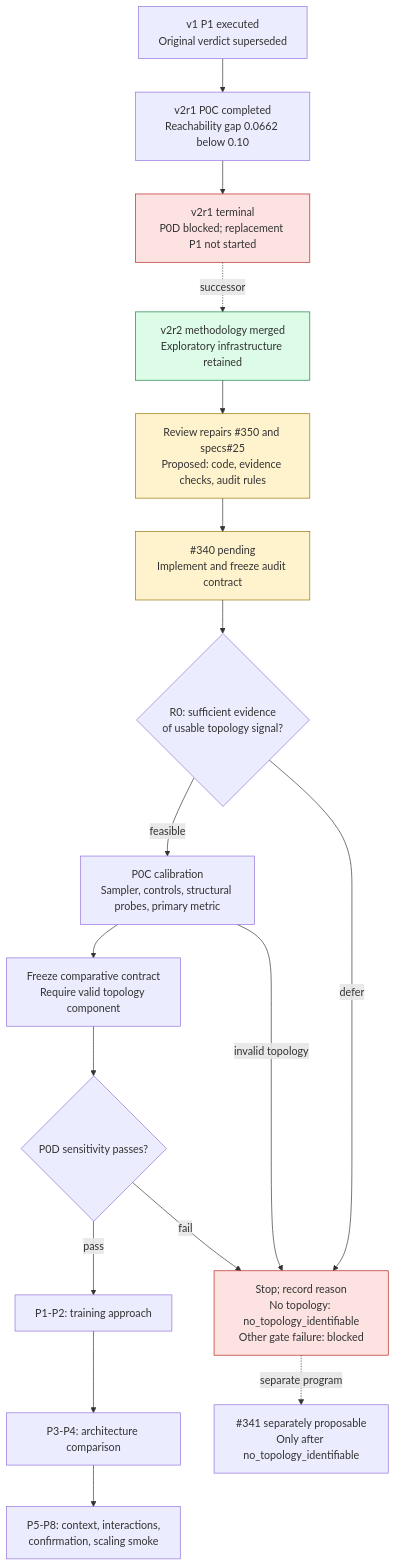
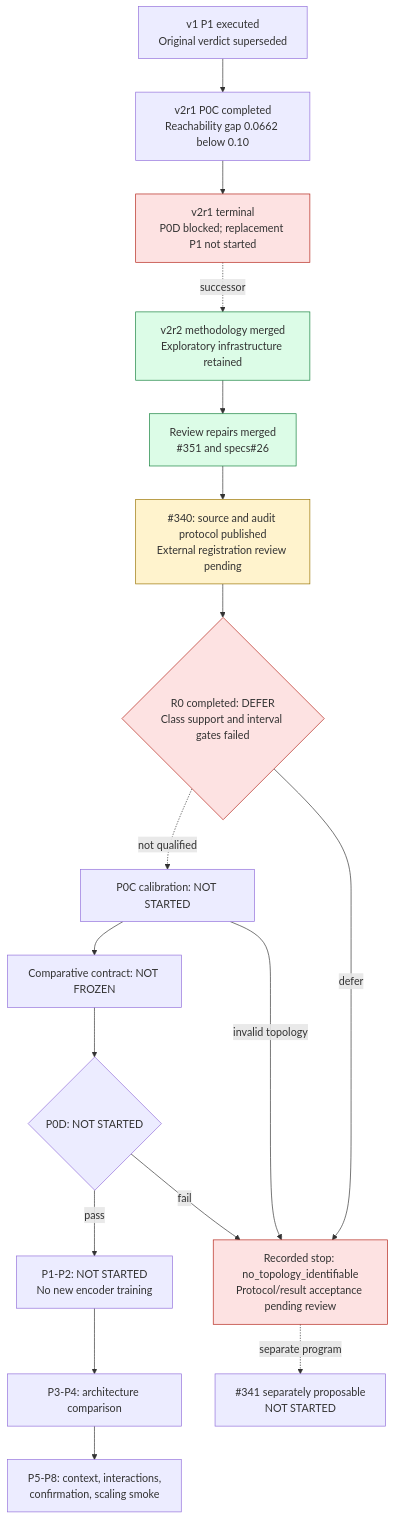
One commit to amadou-6e/specs changed the diagram in projects/theseo-anysearch/python/perception-encoder-state-review.md. Above: the diagram before and after it, drawn with Mermaid. The commit also changed other lines of this file and 4 other files, not shown here.

Commit message:
docs(27): record completed R0 deferral and review deviation

````diff
--- a/projects/theseo-anysearch/python/perception-encoder-state-review.md
+++ b/projects/theseo-anysearch/python/perception-encoder-state-review.md
@@ -8,31 +12,32 @@
 ```mermaid
 flowchart TD
     V1["v1 P1 executed<br/>Original verdict superseded"]
     V21["v2r1 P0C completed<br/>Reachability gap 0.0662 below 0.10"]
     STOP["v2r1 terminal<br/>P0D blocked; replacement P1 not started"]
     SPEC["v2r2 methodology merged<br/>Exploratory infrastructure retained"]
-    FIX["Review repairs #350 and specs#25<br/>Proposed: code, evidence checks, audit rules"]
-    NOW["#340 pending<br/>Implement and freeze audit contract"]
-    R0{"R0: sufficient evidence<br/>of usable topology signal?"}
-    CAL["P0C calibration<br/>Sampler, controls, structural probes, primary metric"]
-    FREEZE["Freeze comparative contract<br/>Require valid topology component"]
-    SENS{"P0D sensitivity passes?"}
-    P1["P1-P2: training approach"]
+    FIX["Review repairs merged<br/>#351 and specs#26"]
+    NOW["#340: source and audit protocol published<br/>External registration review pending"]
+    R0{"R0 completed: DEFER<br/>Class support and interval gates failed"}
+    CAL["P0C calibration: NOT STARTED"]
+    FREEZE["Comparative contract: NOT FROZEN"]
+    SENS{"P0D: NOT STARTED"}
+    P1["P1-P2: NOT STARTED<br/>No new encoder training"]
     P4["P3-P4: architecture comparison"]
     LATER["P5-P8: context, interactions,<br/>confirmation, scaling smoke"]
-    END["Stop; record reason<br/>No topology: no_topology_identifiable<br/>Other gate failure: blocked"]
-    LOCAL["#341 separately proposable<br/>Only after no_topology_identifiable"]
+    END["Recorded stop: no_topology_identifiable<br/>Protocol/result acceptance pending review"]
+    LOCAL["#341 separately proposable<br/>NOT STARTED"]
     V1 --> V21 --> STOP
     STOP -. successor .-> SPEC --> FIX --> NOW --> R0
-    R0 -- feasible --> CAL --> FREEZE --> SENS
+    R0 -. not qualified .-> CAL --> FREEZE --> SENS
     R0 -- defer --> END
     CAL -- invalid topology --> END
     SENS -- fail --> END
     SENS -- pass --> P1 --> P4 --> LATER
     END -. separate program .-> LOCAL
     style STOP fill:#fde2e2,stroke:#b42318
     style END fill:#fde2e2,stroke:#b42318
-    style FIX fill:#fff3cd,stroke:#997300
+    style FIX fill:#dcfce7,stroke:#15803d
     style NOW fill:#fff3cd,stroke:#997300
     style SPEC fill:#dcfce7,stroke:#15803d
+    style R0 fill:#fde2e2,stroke:#b42318
 ```
````
